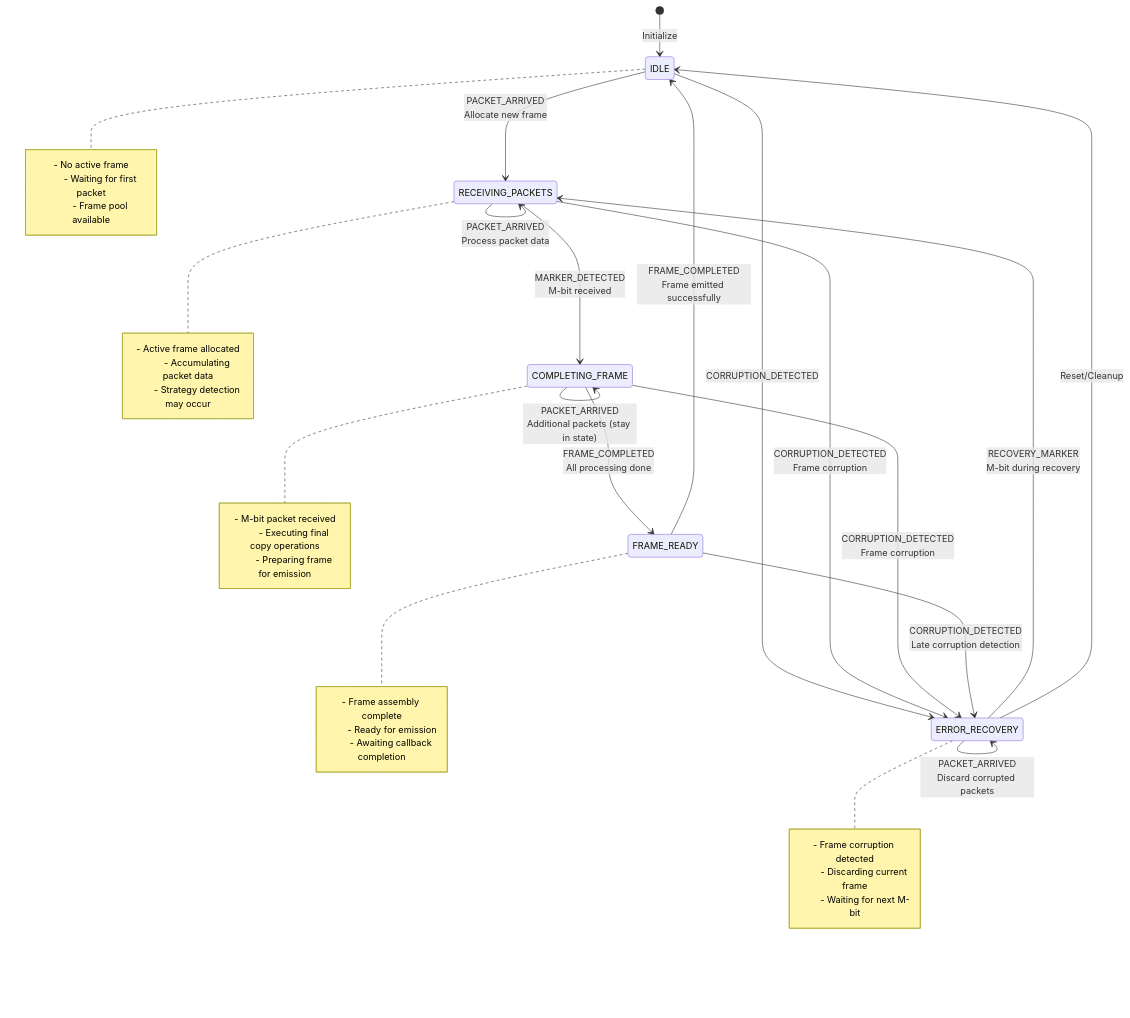
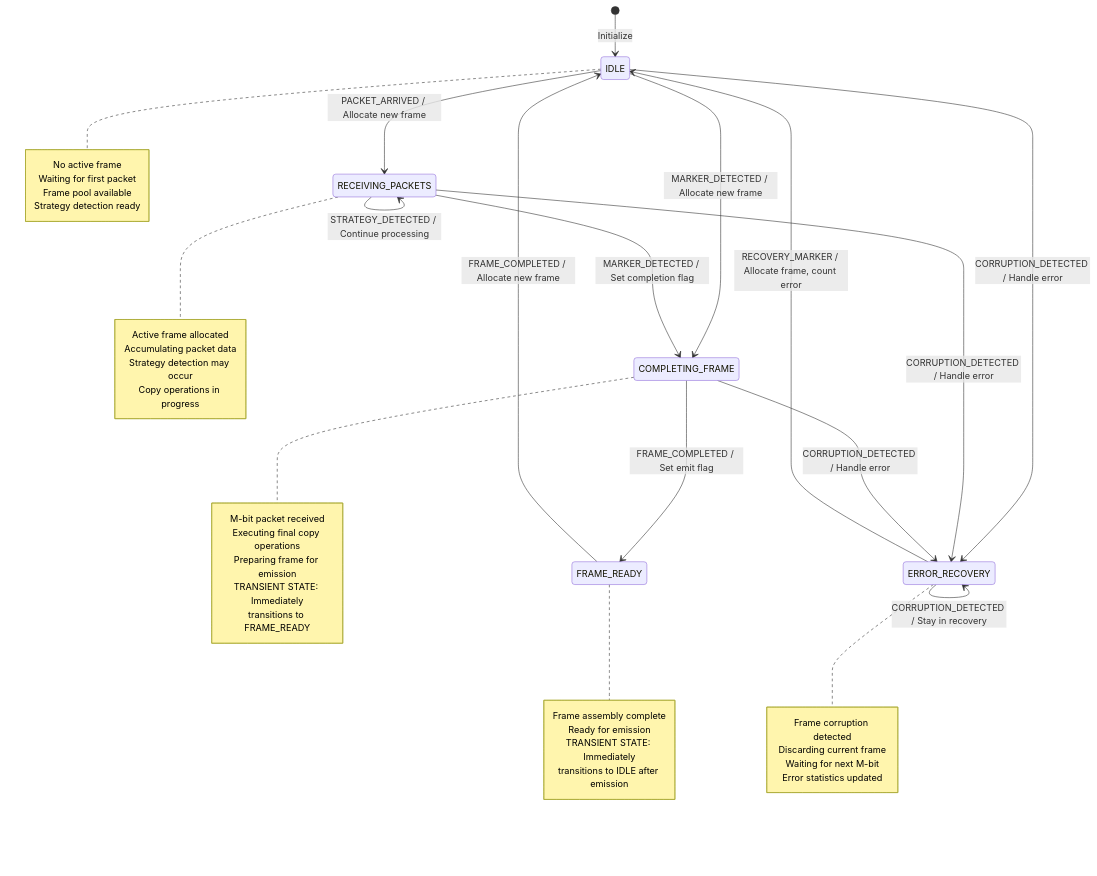
Before and after one commit to ronyrad/holohub: the second of 3 diagrams in operators/advanced_network_media/advanced_network_media_rx/MEDIA_RX_ARCHITECTURE_DOCUMENTATION.md, drawn with Mermaid. The commit also changed other lines of this file and 1 other file, not shown here.

````diff
--- a/operators/advanced_network_media/advanced_network_media_rx/MEDIA_RX_ARCHITECTURE_DOCUMENTATION.md
+++ b/operators/advanced_network_media/advanced_network_media_rx/MEDIA_RX_ARCHITECTURE_DOCUMENTATION.md
@@ -117,52 +128,58 @@
 ```mermaid
 stateDiagram-v2
     [*] --> IDLE : Initialize
 
-    IDLE --> RECEIVING_PACKETS : PACKET_ARRIVED<br/>Allocate new frame
-    IDLE --> ERROR_RECOVERY : CORRUPTION_DETECTED
+    IDLE --> RECEIVING_PACKETS : PACKET_ARRIVED / Allocate new frame
+    IDLE --> COMPLETING_FRAME : MARKER_DETECTED / Allocate new frame
+    IDLE --> ERROR_RECOVERY : CORRUPTION_DETECTED / Handle error
     
-    RECEIVING_PACKETS --> RECEIVING_PACKETS : PACKET_ARRIVED<br/>Process packet data
-    RECEIVING_PACKETS --> COMPLETING_FRAME : MARKER_DETECTED<br/>M-bit received
-    RECEIVING_PACKETS --> ERROR_RECOVERY : CORRUPTION_DETECTED<br/>Frame corruption
+    RECEIVING_PACKETS --> RECEIVING_PACKETS : PACKET_ARRIVED / Process packet
+    RECEIVING_PACKETS --> RECEIVING_PACKETS : STRATEGY_DETECTED / Continue processing
+    RECEIVING_PACKETS --> COMPLETING_FRAME : MARKER_DETECTED / Set completion flag
+    RECEIVING_PACKETS --> ERROR_RECOVERY : CORRUPTION_DETECTED / Handle error
     
-    COMPLETING_FRAME --> COMPLETING_FRAME : PACKET_ARRIVED<br/>Additional packets (stay in state)
-    COMPLETING_FRAME --> FRAME_READY : FRAME_COMPLETED<br/>All processing done
-    COMPLETING_FRAME --> ERROR_RECOVERY : CORRUPTION_DETECTED<br/>Frame corruption
+    COMPLETING_FRAME --> FRAME_READY : FRAME_COMPLETED / Set emit flag
+    COMPLETING_FRAME --> ERROR_RECOVERY : CORRUPTION_DETECTED / Handle error
     
-    FRAME_READY --> IDLE : FRAME_COMPLETED<br/>Frame emitted successfully
-    FRAME_READY --> ERROR_RECOVERY : CORRUPTION_DETECTED<br/>Late corruption detection
+    FRAME_READY --> IDLE : FRAME_COMPLETED / Allocate new frame
     
-    ERROR_RECOVERY --> RECEIVING_PACKETS : RECOVERY_MARKER<br/>M-bit during recovery
-    ERROR_RECOVERY --> ERROR_RECOVERY : PACKET_ARRIVED<br/>Discard corrupted packets
-    ERROR_RECOVERY --> IDLE : Reset/Cleanup
+    ERROR_RECOVERY --> IDLE : RECOVERY_MARKER / Allocate frame, count error
+    ERROR_RECOVERY --> ERROR_RECOVERY : PACKET_ARRIVED / Discard packet
+    ERROR_RECOVERY --> ERROR_RECOVERY : CORRUPTION_DETECTED / Stay in recovery
 
     note right of IDLE
-        - No active frame
-        - Waiting for first packet
-        - Frame pool available
+        No active frame
+        Waiting for first packet
+        Frame pool available
+        Strategy detection ready
     end note
     
     note right of RECEIVING_PACKETS
-        - Active frame allocated
-        - Accumulating packet data
-        - Strategy detection may occur
+        Active frame allocated
+        Accumulating packet data
+        Strategy detection may occur
+        Copy operations in progress
     end note
     
     note right of COMPLETING_FRAME
-        - M-bit packet received
-        - Executing final copy operations
-        - Preparing frame for emission
+        M-bit packet received
+        Executing final copy operations
+        Preparing frame for emission
+        TRANSIENT STATE: Immediately
+        transitions to FRAME_READY
     end note
     
     note right of FRAME_READY
-        - Frame assembly complete
-        - Ready for emission
-        - Awaiting callback completion
+        Frame assembly complete
+        Ready for emission
+        TRANSIENT STATE: Immediately
+        transitions to IDLE after emission
     end note
     
     note right of ERROR_RECOVERY
-        - Frame corruption detected
-        - Discarding current frame
-        - Waiting for next M-bit
+        Frame corruption detected
+        Discarding current frame
+        Waiting for next M-bit
+        Error statistics updated
     end note
 ```
````
